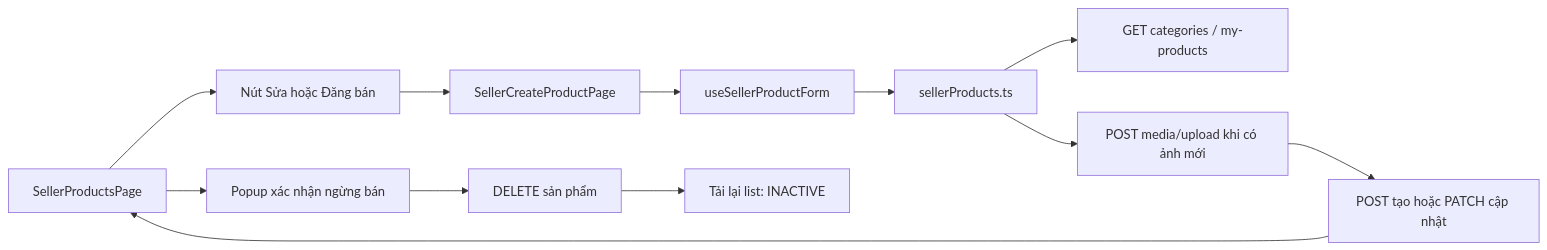
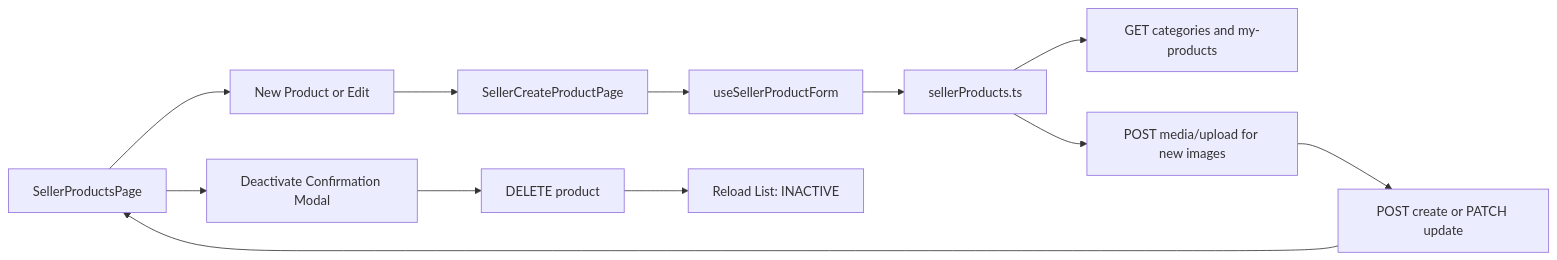
One commit to MinhPhuc00ne/project-nexus changed the third of 3 diagrams in frontend/FE_FILE_GUIDE.md. Above: the diagram before and after it, drawn with Mermaid. The commit also changed other lines of this file and 9 other files, not shown here.

````diff
--- a/frontend/FE_FILE_GUIDE.md
+++ b/frontend/FE_FILE_GUIDE.md
@@ -288,14 +288,14 @@
 ```mermaid
 flowchart LR
-  A[SellerProductsPage] --> B[Nút Sửa hoặc Đăng bán]
+  A[SellerProductsPage] --> B[New Product or Edit]
   B --> C[SellerCreateProductPage]
   C --> D[useSellerProductForm]
   D --> E[sellerProducts.ts]
-  E --> F[GET categories / my-products]
-  E --> G[POST media/upload khi có ảnh mới]
-  G --> H[POST tạo hoặc PATCH cập nhật]
+  E --> F[GET categories and my-products]
+  E --> G[POST media/upload for new images]
+  G --> H[POST create or PATCH update]
   H --> A
-  A --> I[Popup xác nhận ngừng bán]
-  I --> J[DELETE sản phẩm]
-  J --> K[Tải lại list: INACTIVE]
+  A --> I[Deactivate Confirmation Modal]
+  I --> J[DELETE product]
+  J --> K[Reload List: INACTIVE]
 ```
````
